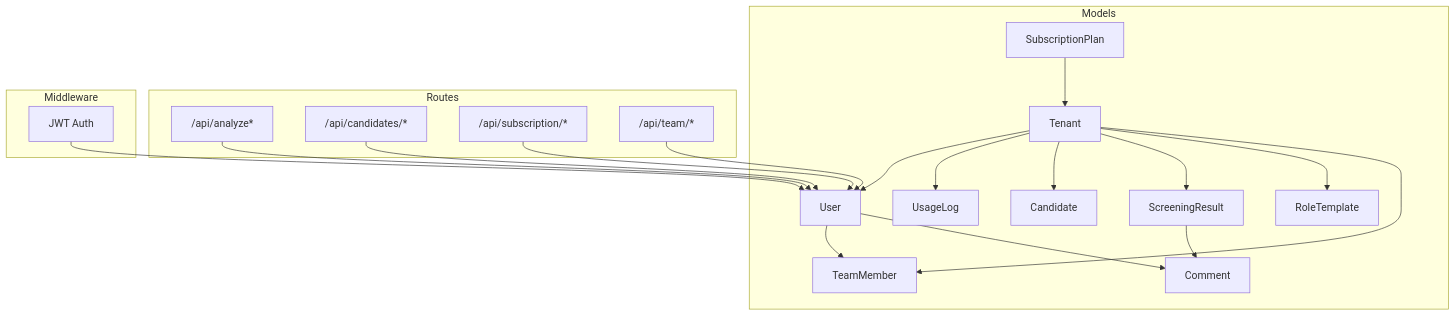
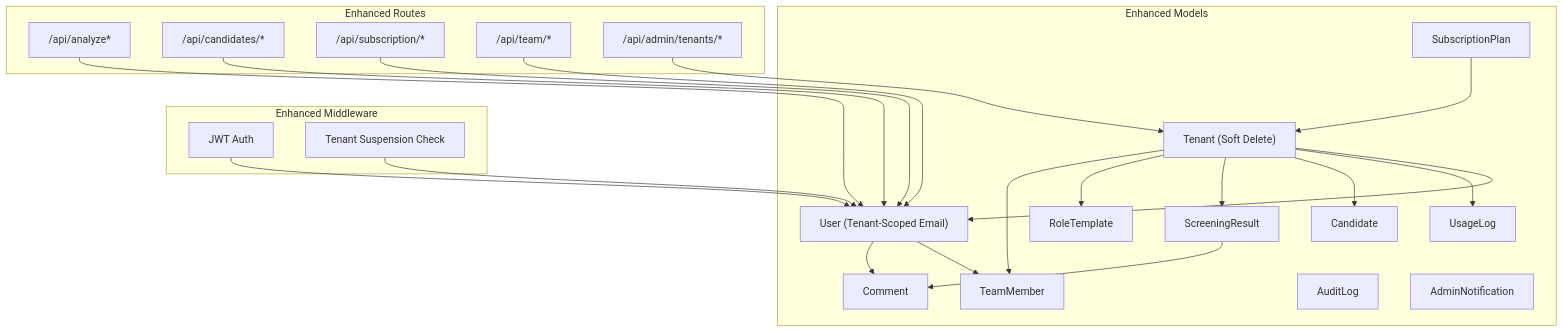
The first of 10 diagrams in .qoder/repowiki/en/content/Database Design/Multi-Tenant Architecture.md (Revanththetalogics/aireume), drawn with Mermaid before and after one commit. The commit also changed other lines of this file and 13 other files, not shown here.

````diff
--- a/.qoder/repowiki/en/content/Database Design/Multi-Tenant Architecture.md
+++ b/.qoder/repowiki/en/content/Database Design/Multi-Tenant Architecture.md
@@ -41,38 +54,44 @@
 ```mermaid
 graph TB
-subgraph "Models"
+subgraph "Enhanced Models"
 A["SubscriptionPlan"]
-B["Tenant"]
-C["User"]
+B["Tenant (Soft Delete)"]
+C["User (Tenant-Scoped Email)"]
 D["UsageLog"]
 E["Candidate"]
 F["ScreeningResult"]
 G["RoleTemplate"]
 H["TeamMember"]
 I["Comment"]
+J["AuditLog"]
+K["AdminNotification"]
 end
-subgraph "Routes"
+subgraph "Enhanced Routes"
 R1["/api/analyze*"]
 R2["/api/candidates/*"]
 R3["/api/subscription/*"]
 R4["/api/team/*"]
+R5["/api/admin/tenants/*"]
 end
-subgraph "Middleware"
+subgraph "Enhanced Middleware"
 M1["JWT Auth"]
+M2["Tenant Suspension Check"]
 end
 A --> B
 B --> C
 B --> D
 B --> E
 B --> F
 B --> G
 B --> H
 C --> H
 C --> I
 F --> I
 R1 --> C
 R2 --> C
 R3 --> C
 R4 --> C
+R5 --> B
 M1 --> C
+M2 --> C
 ```
````
